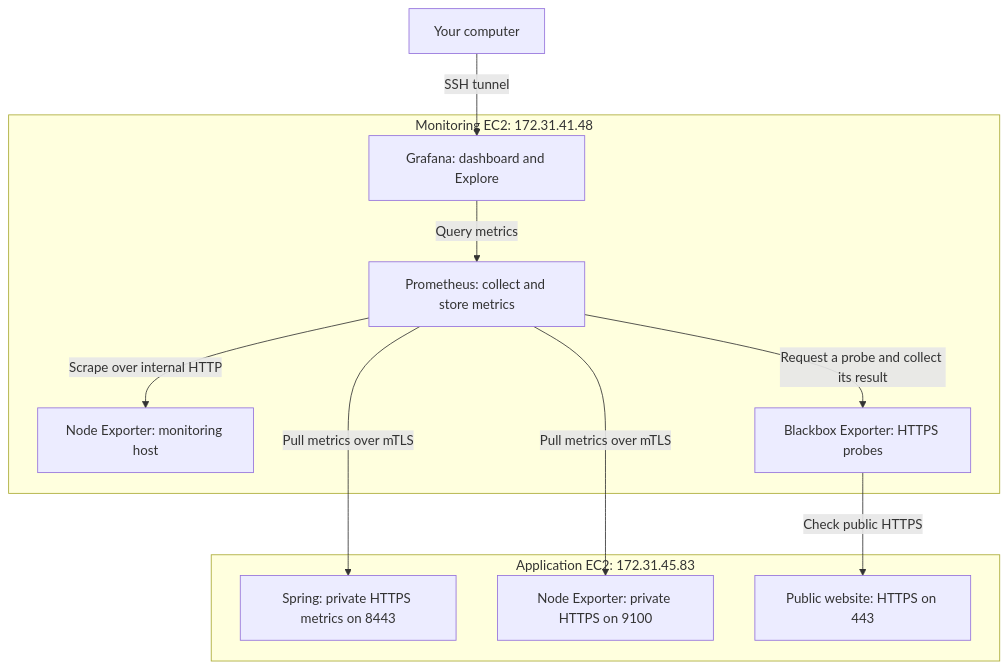
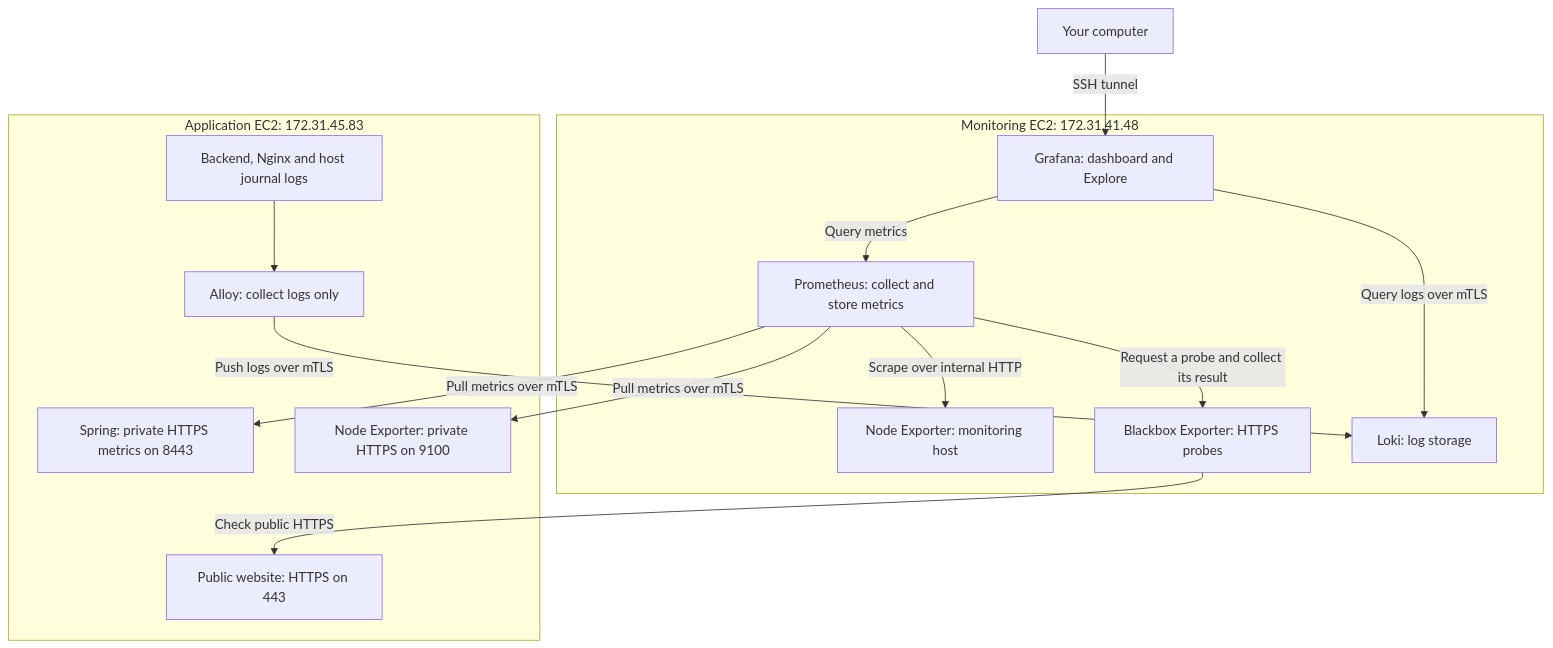
Before and after one commit to Samehadel/theeverthread: the first of 2 diagrams in deploy/aws/monitoring/TUTORIAL.md, drawn with Mermaid. The commit also changed other lines of this file and 14 other files, not shown here.

Commit message:
Collect application and journal logs with Alloy and provision Loki in Grafana

````diff
--- a/deploy/aws/monitoring/TUTORIAL.md
+++ b/deploy/aws/monitoring/TUTORIAL.md
@@ -30,21 +31,27 @@
 ```mermaid
 flowchart TB
     You[Your computer] -->|SSH tunnel| G
     subgraph Monitoring[Monitoring EC2: 172.31.41.48]
         G[Grafana: dashboard and Explore]
         P[Prometheus: collect and store metrics]
         MN[Node Exporter: monitoring host]
         B[Blackbox Exporter: HTTPS probes]
+        L[Loki: log storage]
         G -->|Query metrics| P
+        G -->|Query logs over mTLS| L
         P -->|Scrape over internal HTTP| MN
         P -->|Request a probe and collect its result| B
     end
     subgraph Application[Application EC2: 172.31.45.83]
         S[Spring: private HTTPS metrics on 8443]
         AN[Node Exporter: private HTTPS on 9100]
         W[Public website: HTTPS on 443]
+        Logs[Backend, Nginx and host journal logs]
+        A[Alloy: collect logs only]
+        Logs --> A
     end
     P -->|Pull metrics over mTLS| S
     P -->|Pull metrics over mTLS| AN
     B -->|Check public HTTPS| W
+    A -->|Push logs over mTLS| L
 ```
````
